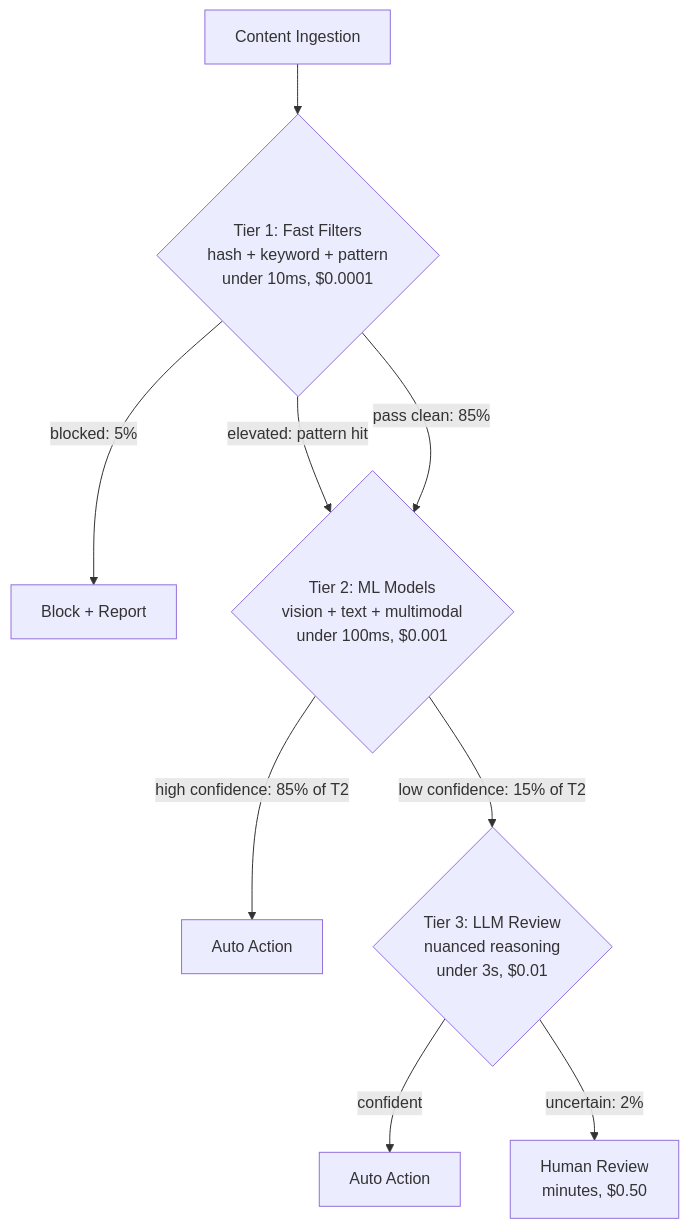
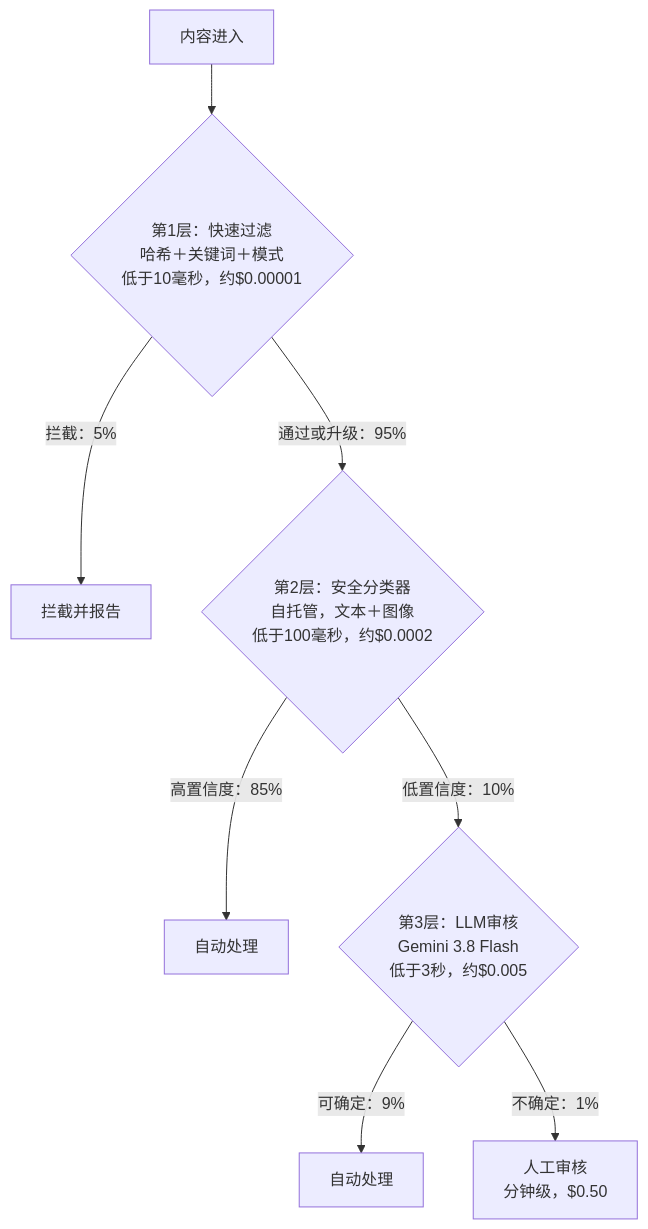
Before and after one commit to ChiHoc/ai-system-design-guide-zh: the first of 2 diagrams in 16-case-studies/05-content-moderation.md, drawn with Mermaid. The commit also changed other lines of this file and 149 other files, not shown here.

````diff
--- a/16-case-studies/05-content-moderation.md
+++ b/16-case-studies/05-content-moderation.md
@@ -117,13 +117,12 @@
 ```mermaid
 flowchart TD
-    IN[Content Ingestion] --> T1{Tier 1: Fast Filters<br/>hash + keyword + pattern<br/>under 10ms, $0.0001}
-    T1 -->|blocked: 5%| B1[Block + Report]
-    T1 -->|elevated: pattern hit| T2
-    T1 -->|pass clean: 85%| T2
-    T2{Tier 2: ML Models<br/>vision + text + multimodal<br/>under 100ms, $0.001}
-    T2 -->|high confidence: 85% of T2| AA1[Auto Action]
-    T2 -->|low confidence: 15% of T2| T3
-    T3{Tier 3: LLM Review<br/>nuanced reasoning<br/>under 3s, $0.01}
-    T3 -->|confident| AA2[Auto Action]
-    T3 -->|uncertain: 2%| HR[Human Review<br/>minutes, $0.50]
+    IN[内容进入] --> T1{第1层：快速过滤<br/>哈希＋关键词＋模式<br/>低于10毫秒，约$0.00001}
+    T1 -->|拦截：5%| B1[拦截并报告]
+    T1 -->|通过或升级：95%| T2
+    T2{第2层：安全分类器<br/>自托管，文本＋图像<br/>低于100毫秒，约$0.0002}
+    T2 -->|高置信度：85%| AA1[自动处理]
+    T2 -->|低置信度：10%| T3
+    T3{第3层：LLM审核<br/>Gemini 3.8 Flash<br/>低于3秒，约$0.005}
+    T3 -->|可确定：9%| AA2[自动处理]
+    T3 -->|不确定：1%| HR[人工审核<br/>分钟级，$0.50]
 ```
````
